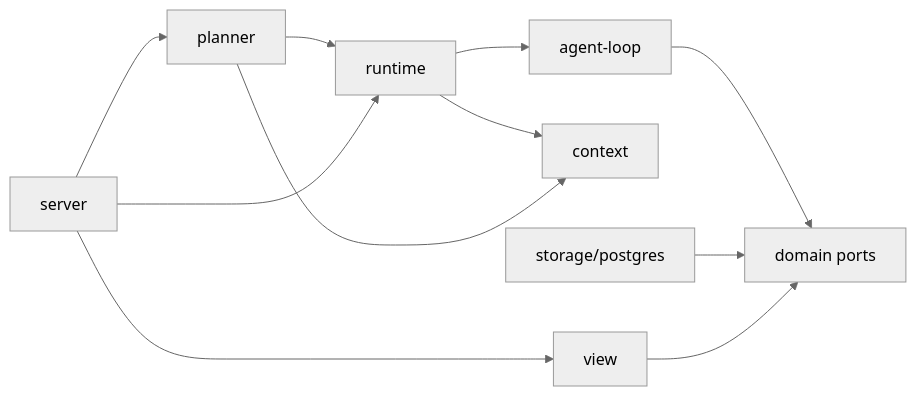
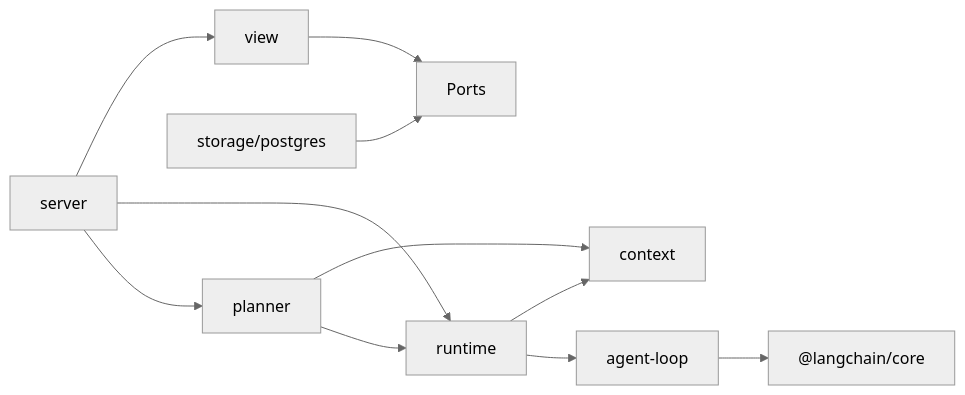
The second of 13 diagrams in docs/refactor/06-完整Job-StepRun架构设计.md (lucyonegit/agent-runtime-v2), drawn with Mermaid (neutral theme) before and after one commit. The commit also changed other lines of this file and 33 other files, not shown here.

````diff
--- a/docs/refactor/06-完整Job-StepRun架构设计.md
+++ b/docs/refactor/06-完整Job-StepRun架构设计.md
@@ -160,13 +163,13 @@
 ```mermaid
 flowchart LR
-  Core["agent-loop"] --> Ports["domain ports"]
+  Core["agent-loop"] --> LangChain["@langchain/core"]
   Runtime["runtime"] --> Core
   Runtime --> Context["context"]
   Planner["planner"] --> Runtime
   Planner --> Context
   Storage["storage/postgres"] --> Ports
   View["view"] --> Ports
   Server["server"] --> Planner
   Server --> Runtime
   Server --> View
 ```
````
